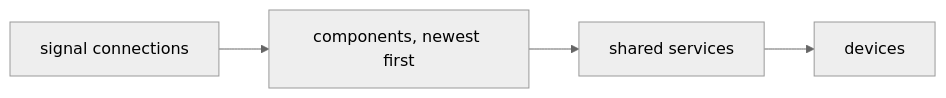
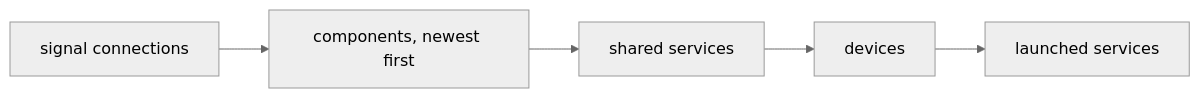
The diagram in docs/explanation/experimental-container.md (redsun-acquisition/redsun), drawn with Mermaid (neutral theme) before and after one commit. The commit also changed other lines of this file, not shown here.

Commit message:
docs(experimental): document services

````diff
--- a/docs/explanation/experimental-container.md
+++ b/docs/explanation/experimental-container.md
@@ -649,11 +650,13 @@
 ```mermaid
 graph LR
     D["signal connections"]
     C["components, newest first"]
     G["shared services"]
     V["devices"]
+    L["launched services"]
 
     D --> C
     C --> G
     G --> V
+    V --> L
 ```
````
